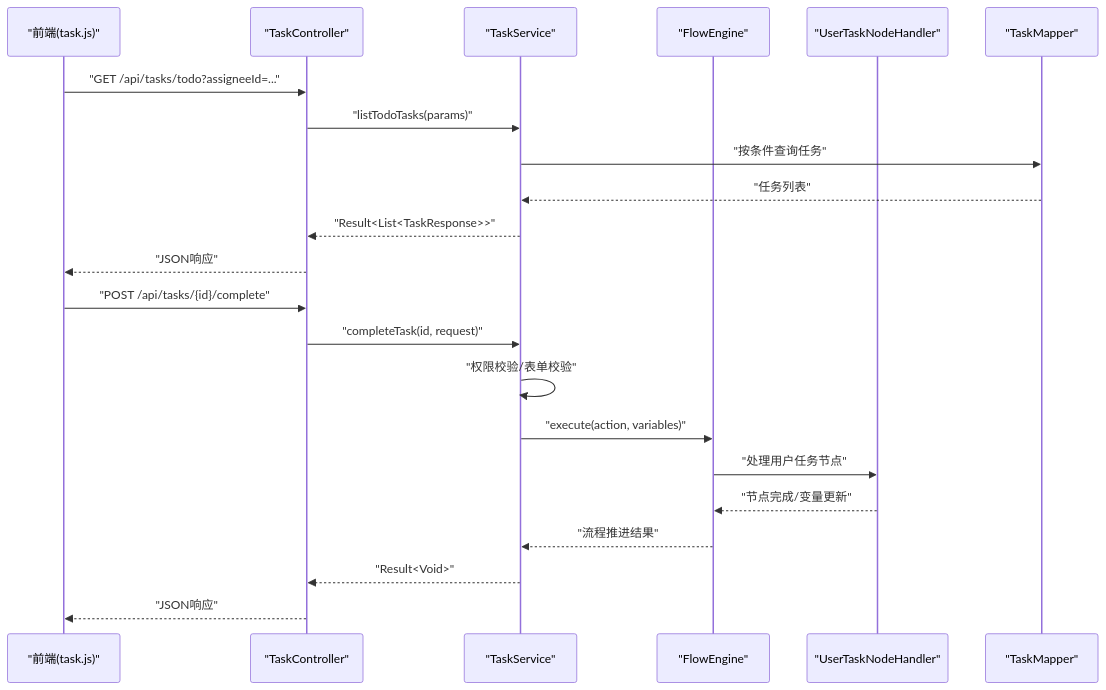
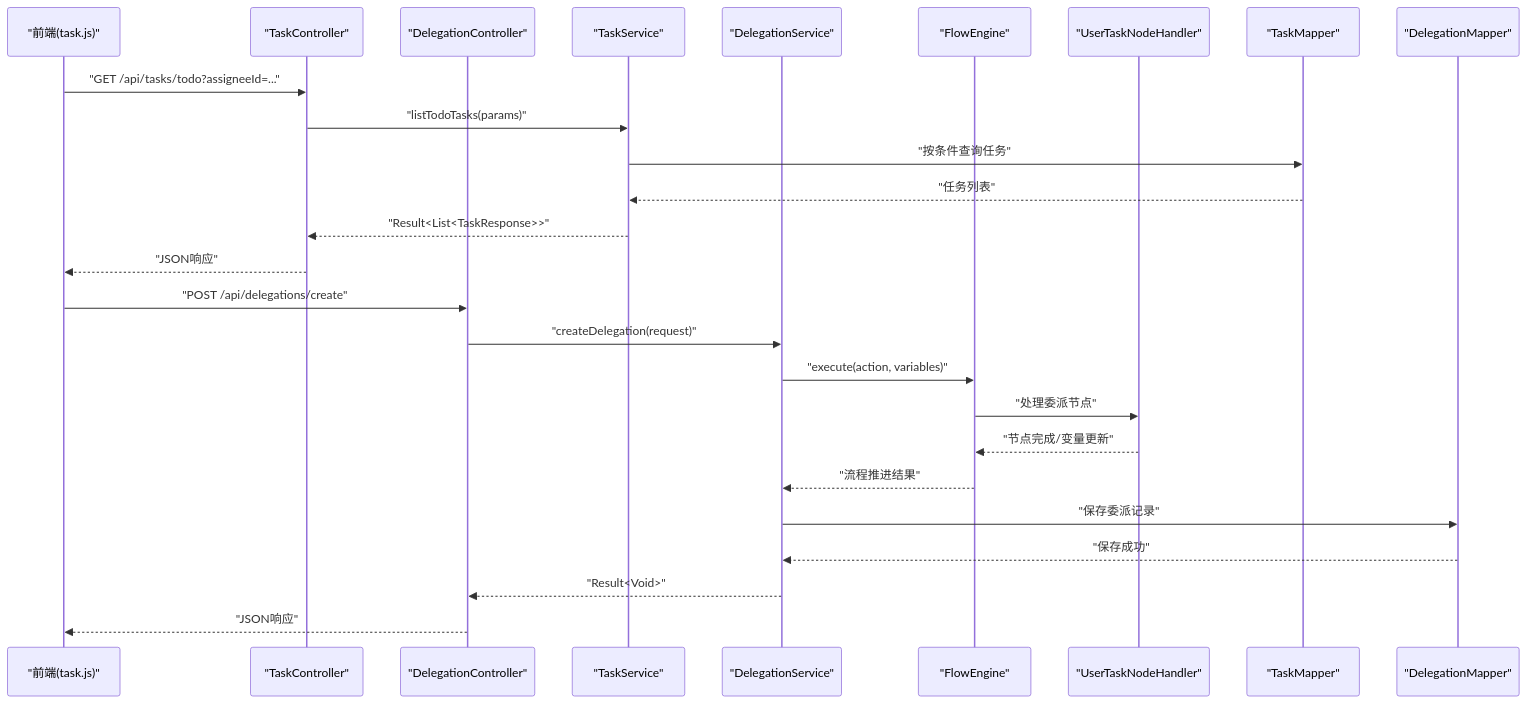
One commit to liming-lihaini/workflow changed the second of 4 diagrams in .qoder/repowiki/zh/content/API接口文档/任务管理API.md. Above: the diagram before and after it, drawn with Mermaid. The commit also changed other lines of this file and 27 other files, not shown here.

````diff
--- a/.qoder/repowiki/zh/content/API接口文档/任务管理API.md
+++ b/.qoder/repowiki/zh/content/API接口文档/任务管理API.md
@@ -127,24 +150,28 @@
 ```mermaid
 sequenceDiagram
 participant FE as "前端(task.js)"
 participant Ctrl as "TaskController"
+participant DCtrl as "DelegationController"
 participant Svc as "TaskService"
+participant DSvc as "DelegationService"
 participant Eng as "FlowEngine"
 participant Node as "UserTaskNodeHandler"
 participant Map as "TaskMapper"
+participant DMap as "DelegationMapper"
 FE->>Ctrl : "GET /api/tasks/todo?assigneeId=..."
 Ctrl->>Svc : "listTodoTasks(params)"
 Svc->>Map : "按条件查询任务"
 Map-->>Svc : "任务列表"
 Svc-->>Ctrl : "Result<List<TaskResponse>>"
 Ctrl-->>FE : "JSON响应"
-FE->>Ctrl : "POST /api/tasks/{id}/complete"
-Ctrl->>Svc : "completeTask(id, request)"
-Svc->>Svc : "权限校验/表单校验"
-Svc->>Eng : "execute(action, variables)"
-Eng->>Node : "处理用户任务节点"
+FE->>DCtrl : "POST /api/delegations/create"
+DCtrl->>DSvc : "createDelegation(request)"
+DSvc->>Eng : "execute(action, variables)"
+Eng->>Node : "处理委派节点"
 Node-->>Eng : "节点完成/变量更新"
-Eng-->>Svc : "流程推进结果"
-Svc-->>Ctrl : "Result<Void>"
-Ctrl-->>FE : "JSON响应"
+Eng-->>DSvc : "流程推进结果"
+DSvc->>DMap : "保存委派记录"
+DMap-->>DSvc : "保存成功"
+DSvc-->>DCtrl : "Result<Void>"
+DCtrl-->>FE : "JSON响应"
 ```
````
